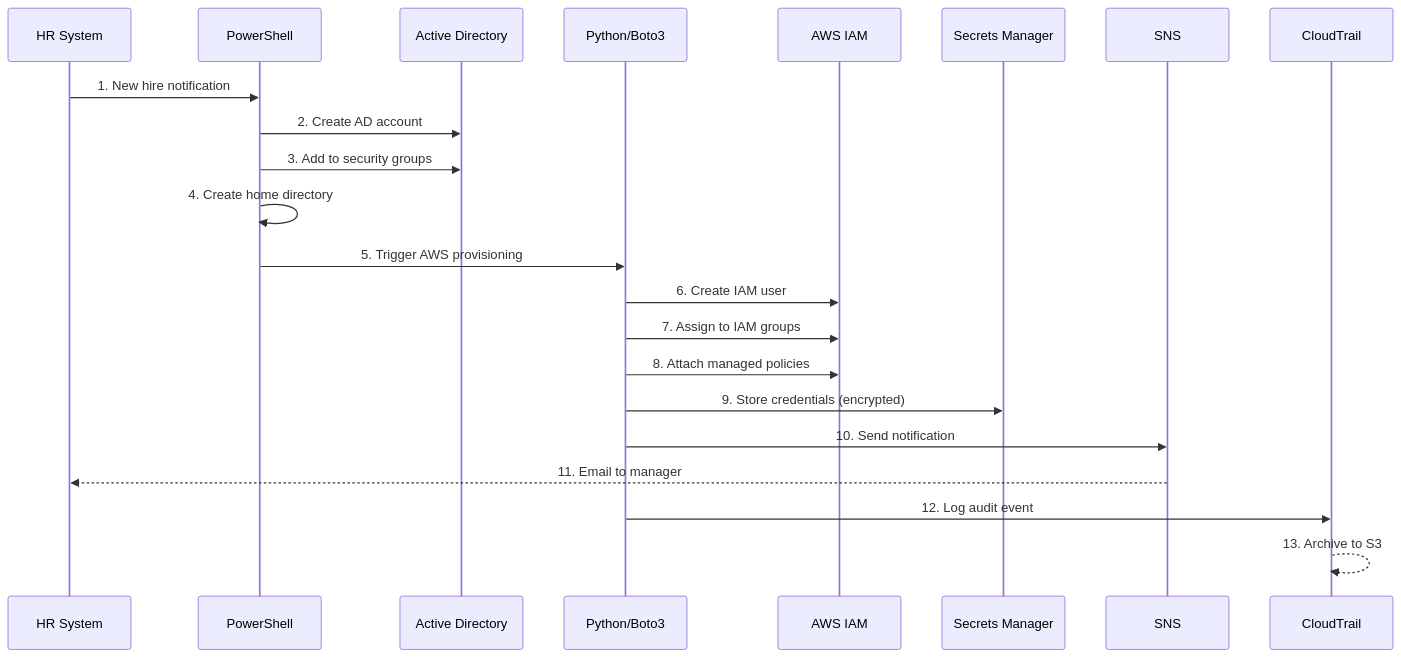
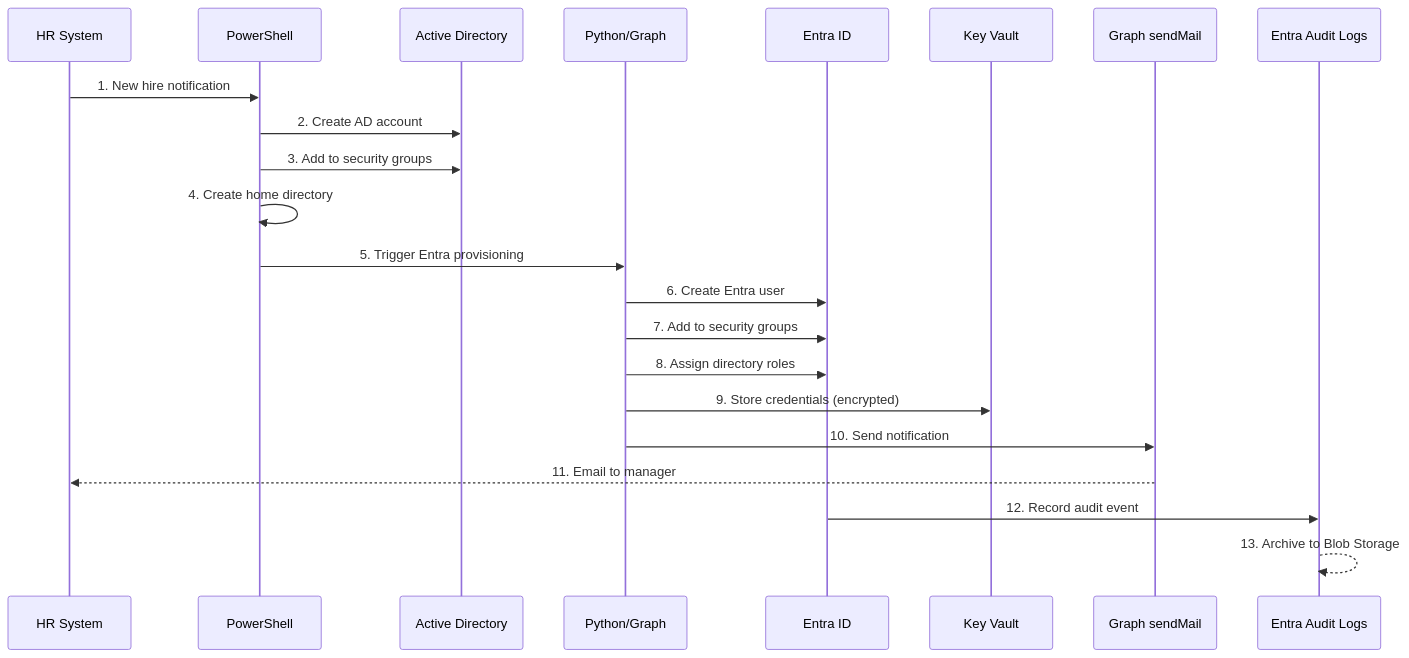
The second of 3 diagrams in docs/architecture.md (Mjkhan9/Automated-IAM-User-Lifecycle-Management-System-Project), drawn with Mermaid before and after one commit. The commit also changed other lines of this file and 17 other files, not shown here.

First line of the commit message:
reframe: Microsoft Entra ID edition (AWS version tagged v1-aws)

````diff
--- a/docs/architecture.md
+++ b/docs/architecture.md
@@ -139,25 +139,25 @@
 ```mermaid
 sequenceDiagram
     participant HR as HR System
     participant PS as PowerShell
     participant AD as Active Directory
-    participant PY as Python/Boto3
-    participant IAM as AWS IAM
-    participant SM as Secrets Manager
-    participant SNS as SNS
-    participant CT as CloudTrail
+    participant PY as Python/Graph
+    participant ENTRA as Entra ID
+    participant KV as Key Vault
+    participant MAIL as Graph sendMail
+    participant AL as Entra Audit Logs
 
     HR->>PS: 1. New hire notification
     PS->>AD: 2. Create AD account
     PS->>AD: 3. Add to security groups
     PS->>PS: 4. Create home directory
-    PS->>PY: 5. Trigger AWS provisioning
-    PY->>IAM: 6. Create IAM user
-    PY->>IAM: 7. Assign to IAM groups
-    PY->>IAM: 8. Attach managed policies
-    PY->>SM: 9. Store credentials (encrypted)
-    PY->>SNS: 10. Send notification
-    SNS-->>HR: 11. Email to manager
-    PY->>CT: 12. Log audit event
-    CT-->>CT: 13. Archive to S3
+    PS->>PY: 5. Trigger Entra provisioning
+    PY->>ENTRA: 6. Create Entra user
+    PY->>ENTRA: 7. Add to security groups
+    PY->>ENTRA: 8. Assign directory roles
+    PY->>KV: 9. Store credentials (encrypted)
+    PY->>MAIL: 10. Send notification
+    MAIL-->>HR: 11. Email to manager
+    ENTRA->>AL: 12. Record audit event
+    AL-->>AL: 13. Archive to Blob Storage
 ```
````
